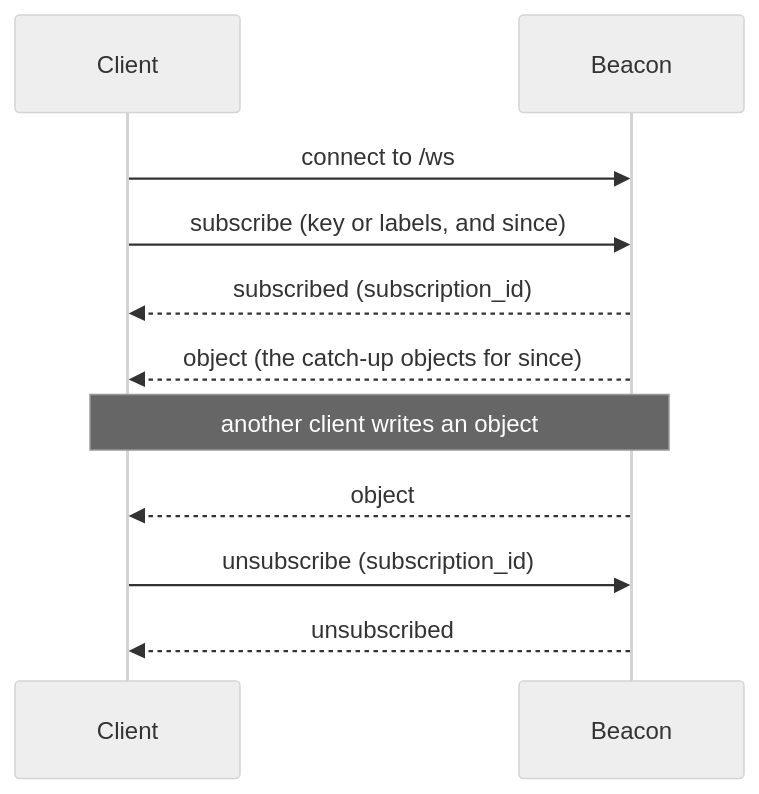
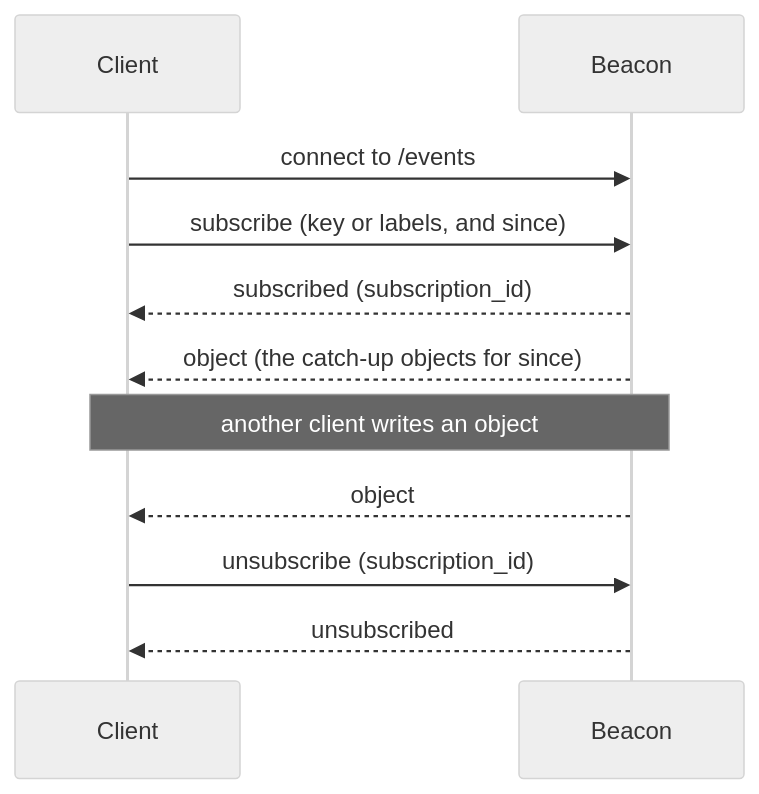
One commit to tanmoysrt/beacon changed the diagram in docs/api.md. Above: the diagram before and after it, drawn with Mermaid (neutral theme). The commit also changed other lines of this file and 3 other files, not shown here.

````diff
--- a/docs/api.md
+++ b/docs/api.md
@@ -113,13 +113,13 @@
 ```mermaid
 sequenceDiagram
     participant C as Client
     participant B as Beacon
-    C->>B: connect to /ws
+    C->>B: connect to /events
     C->>B: subscribe (key or labels, and since)
     B-->>C: subscribed (subscription_id)
     B-->>C: object (the catch-up objects for since)
     Note over C,B: another client writes an object
     B-->>C: object
     C->>B: unsubscribe (subscription_id)
     B-->>C: unsubscribed
 ```
````
